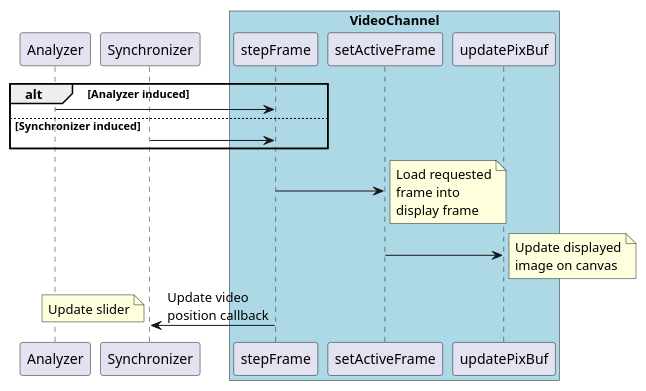
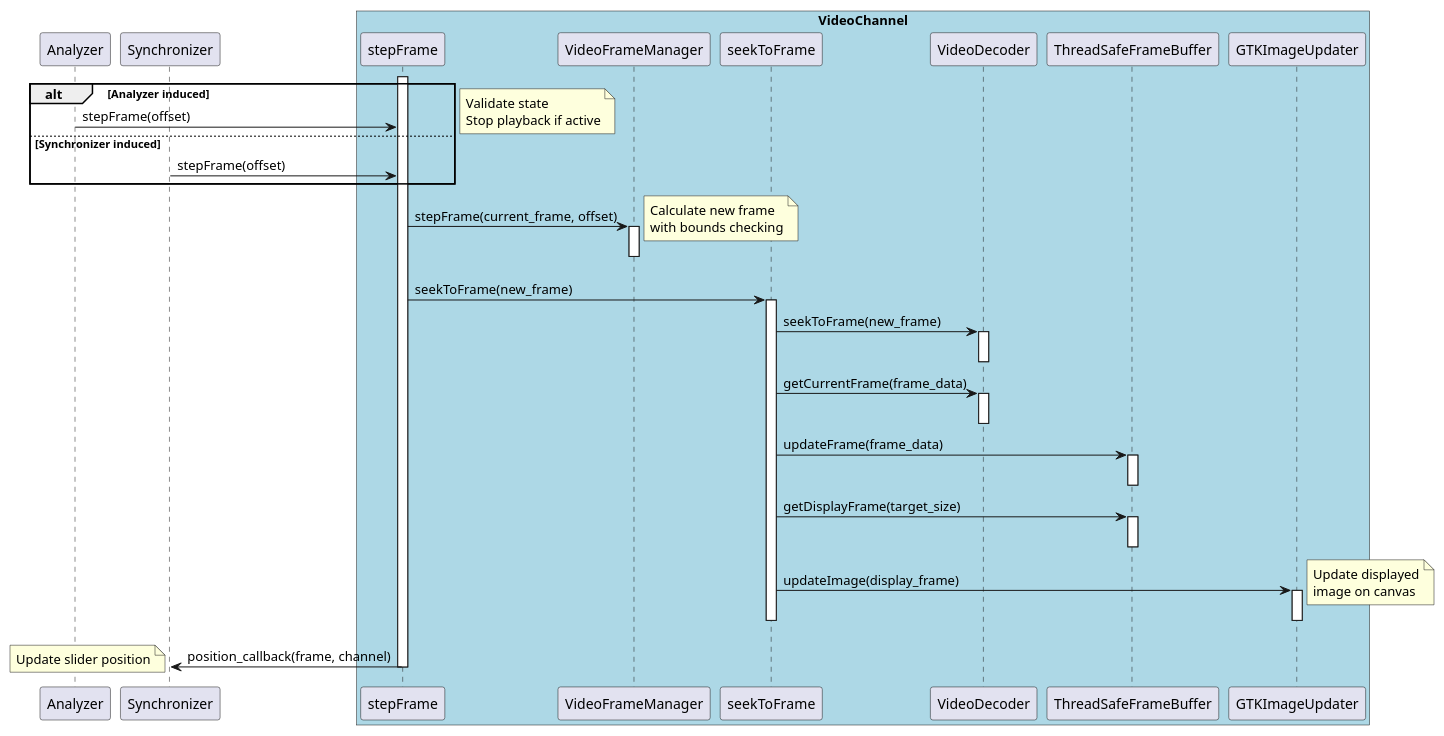
The third of 3 diagrams in design/Video channel frame update.md (timwalsh41/SwingAnalyzer), drawn with PlantUML before and after one commit. The commit also changed other lines of this file and 5 other files, not shown here.

Commit message:
Revised frame update markdown to reflect recent VideoChannel refactor

````diff
--- a/design/Video channel frame update.md
+++ b/design/Video channel frame update.md
@@ -93,28 +118,53 @@
 ```plantuml
 
 @startuml 
 
 participant Analyzer
 participant Synchronizer
 
 box "VideoChannel" #LightBlue
 participant stepFrame
-participant setActiveFrame
-participant updatePixBuf
+participant VideoFrameManager
+participant seekToFrame
+participant VideoDecoder
+participant ThreadSafeFrameBuffer
+participant GTKImageUpdater
 end box
 
 alt Analyzer induced
-    Analyzer -> stepFrame
+    Analyzer -> stepFrame : stepFrame(offset)
 else Synchronizer induced
-    Synchronizer -> stepFrame
+    Synchronizer -> stepFrame : stepFrame(offset)
 end
-stepFrame -> setActiveFrame
-note right: Load requested\nframe into\ndisplay frame
-setActiveFrame -> updatePixBuf
+activate stepFrame
+note right: Validate state\nStop playback if active
+stepFrame -> VideoFrameManager : stepFrame(current_frame, offset)
+activate VideoFrameManager
+note right: Calculate new frame\nwith bounds checking
+deactivate VideoFrameManager
+stepFrame -> seekToFrame : seekToFrame(new_frame)
+activate seekToFrame
+seekToFrame -> VideoDecoder : seekToFrame(new_frame)
+activate VideoDecoder
+deactivate VideoDecoder
+seekToFrame -> VideoDecoder : getCurrentFrame(frame_data)
+activate VideoDecoder
+deactivate VideoDecoder
+seekToFrame -> ThreadSafeFrameBuffer : updateFrame(frame_data)
+activate ThreadSafeFrameBuffer
+deactivate ThreadSafeFrameBuffer
+seekToFrame -> ThreadSafeFrameBuffer : getDisplayFrame(target_size)
+activate ThreadSafeFrameBuffer
+deactivate ThreadSafeFrameBuffer
+seekToFrame -> GTKImageUpdater : updateImage(display_frame)
+activate GTKImageUpdater
 note right: Update displayed\nimage on canvas
-stepFrame -> Synchronizer: Update video\nposition callback
-note left: Update slider
+deactivate GTKImageUpdater
+deactivate seekToFrame
+stepFrame -> Synchronizer: position_callback(frame, channel)
+note left: Update slider position
+deactivate stepFrame
 
 @enduml
 
 ```
````
